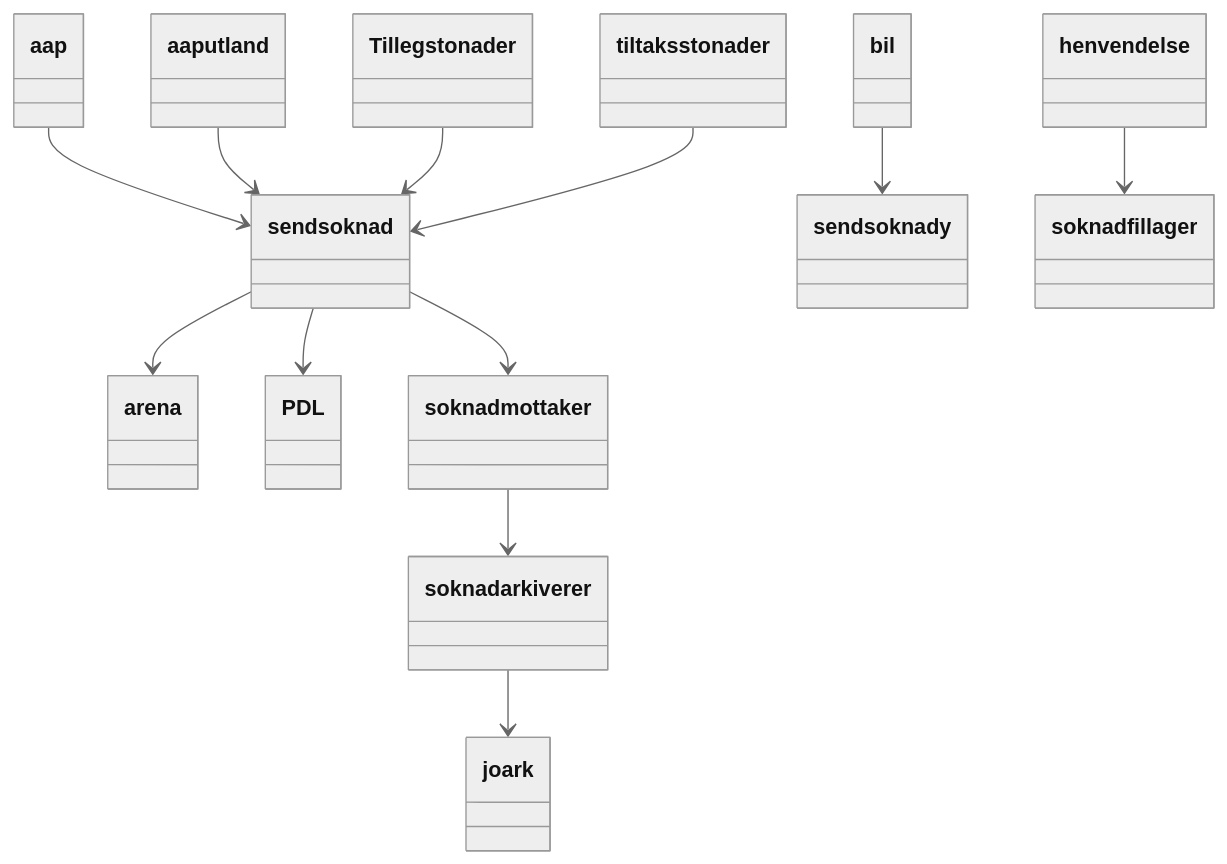
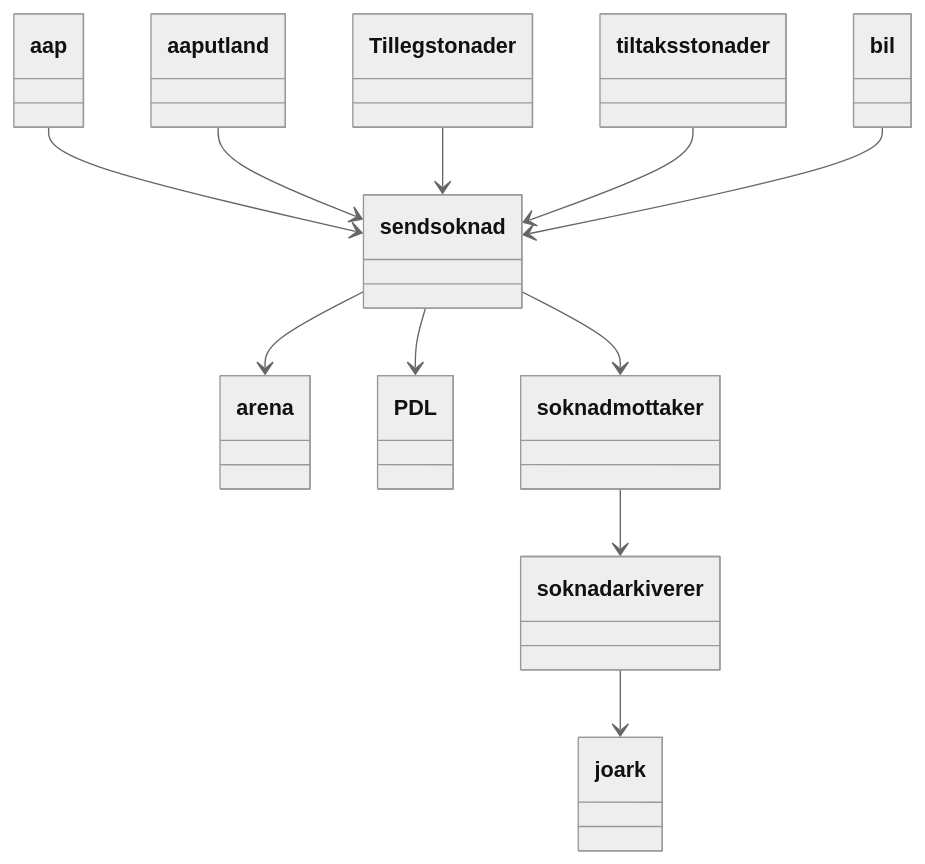
One commit to navikt/sendsoknad-boot changed the second of 2 diagrams in docs/Arkitektur.md. Above: the diagram before and after it, drawn with Mermaid (neutral theme).

Commit message:
korrigert figur

````diff
--- a/docs/Arkitektur.md
+++ b/docs/Arkitektur.md
@@ -25,14 +25,13 @@
 ```mermaid
 classDiagram
     aap --> sendsoknad
     aaputland --> sendsoknad
     Tillegstonader --> sendsoknad
     tiltaksstonader --> sendsoknad
-    bil --> sendsoknady
+    bil --> sendsoknad
     sendsoknad --> arena
     sendsoknad --> PDL
     sendsoknad --> soknadmottaker
-    henvendelse --> soknadfillager
     soknadmottaker --> soknadarkiverer
     soknadarkiverer --> joark
 ```
````
